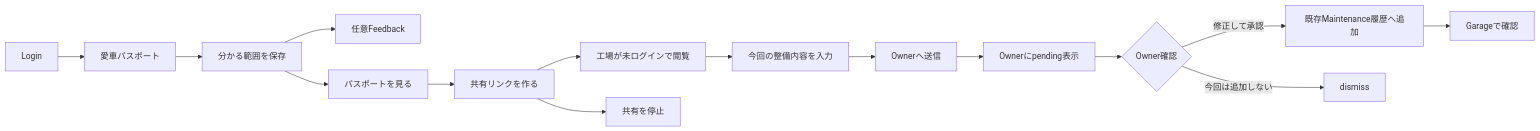
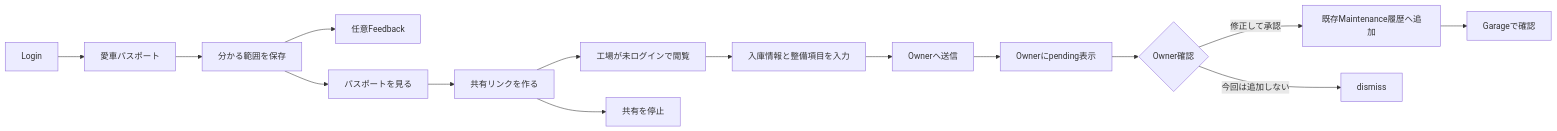
Before and after one commit to noah1976/mechori: the second of 7 diagrams in docs/ux/USER_FLOWS.md, drawn with Mermaid. The commit also changed other lines of this file and 19 other files, not shown here.

````diff
--- a/docs/ux/USER_FLOWS.md
+++ b/docs/ux/USER_FLOWS.md
@@ -37,17 +37,17 @@
 ```mermaid
 flowchart LR
   A[Login] --> B[愛車パスポート]
   B --> C[分かる範囲を保存]
   C --> D[任意Feedback]
   C --> E[パスポートを見る]
   E --> F[共有リンクを作る]
   F --> G[工場が未ログインで閲覧]
-  G --> I[今回の整備内容を入力]
+  G --> I[入庫情報と整備項目を入力]
   I --> J[Ownerへ送信]
   J --> K[Ownerにpending表示]
   K --> L{Owner確認}
   L -->|修正して承認| M[既存Maintenance履歴へ追加]
   L -->|今回は追加しない| N[dismiss]
   M --> O[Garageで確認]
   F --> H[共有を停止]
 ```
````
